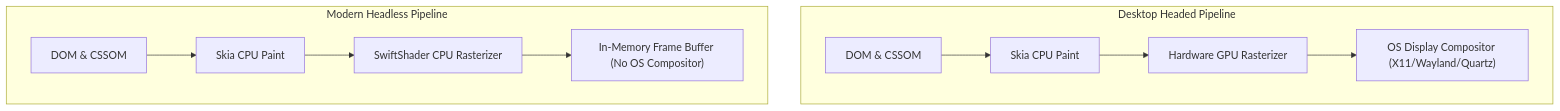
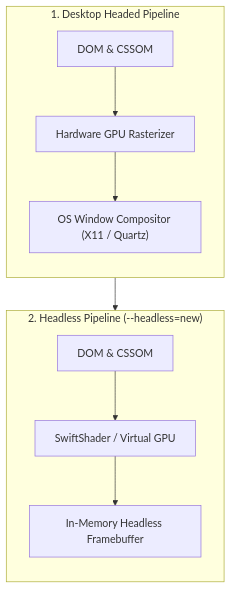
The second of 3 diagrams in _posts/2026-10-11-headless-chrome-vs-headed-chrome.md (naimurhasan/naimurhasan.github.io), drawn with Mermaid before and after one commit. The commit also changed other lines of this file and 28 other files, not shown here.

Commit message:
fix(blog): refactor all Mermaid diagrams to vertical legible layouts and restore in-body illustrations

````diff
--- a/_posts/2026-10-11-headless-chrome-vs-headed-chrome.md
+++ b/_posts/2026-10-11-headless-chrome-vs-headed-chrome.md
@@ -56,10 +58,12 @@
 ```mermaid
 flowchart TD
-  subgraph Headed ["Desktop Headed Pipeline"]
-    H1["DOM & CSSOM"] --> H2["Skia CPU Paint"] --> H3["Hardware GPU Rasterizer"] --> H4["OS Display Compositor (X11/Wayland/Quartz)"]
+  subgraph H ["1. Desktop Headed Pipeline"]
+    direction TB
+    H1["DOM & CSSOM"] --> H2["Hardware GPU Rasterizer"] --> H3["OS Window Compositor (X11 / Quartz)"]
   end
-
-  subgraph Headless ["Modern Headless Pipeline"]
-    L1["DOM & CSSOM"] --> L2["Skia CPU Paint"] --> L3["SwiftShader CPU Rasterizer"] --> L4["In-Memory Frame Buffer (No OS Compositor)"]
+  subgraph L ["2. Headless Pipeline (--headless=new)"]
+    direction TB
+    L1["DOM & CSSOM"] --> L2["SwiftShader / Virtual GPU"] --> L3["In-Memory Headless Framebuffer"]
   end
+  H --> L
 ```
````
